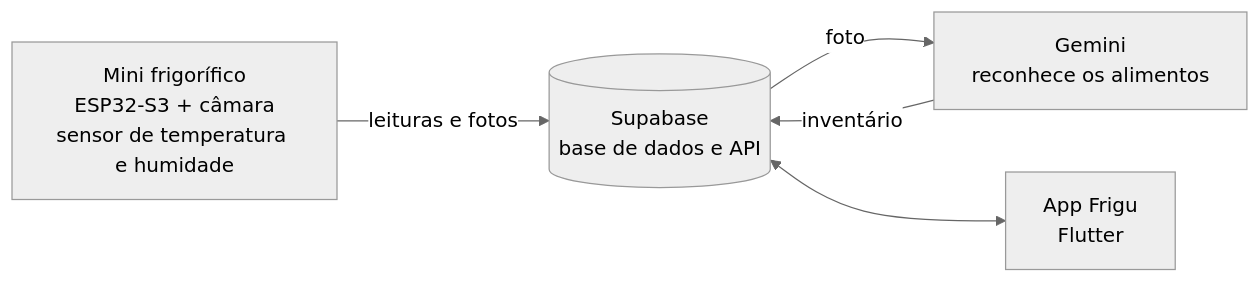
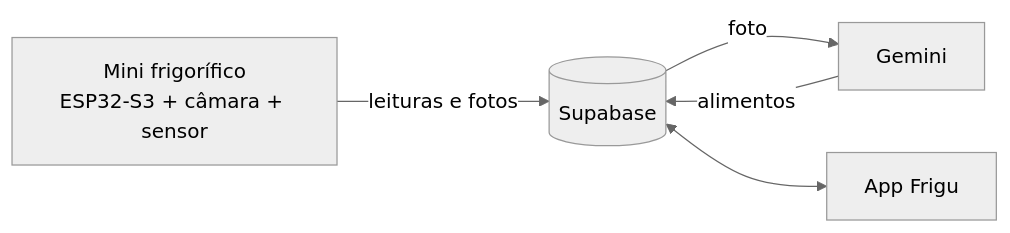
One commit to vitorwlm/Frigo-App-Flutter changed the diagram in README.md. Above: the diagram before and after it, drawn with Mermaid (neutral theme). The commit also changed other lines of this file, not shown here.

````diff
--- a/README.md
+++ b/README.md
@@ -22,7 +24,7 @@
 ```mermaid
 flowchart LR
-    A[Mini frigorífico<br/>ESP32-S3 + câmara<br/>sensor de temperatura e humidade] -- leituras e fotos --> B[(Supabase<br/>base de dados e API)]
-    B -- foto --> C[Gemini<br/>reconhece os alimentos]
-    C -- inventário --> B
-    B <--> D[App Frigu<br/>Flutter]
+    A[Mini frigorífico<br/>ESP32-S3 + câmara + sensor] -- leituras e fotos --> B[(Supabase)]
+    B -- foto --> C[Gemini]
+    C -- alimentos --> B
+    B <--> D[App Frigu]
 ```
````
